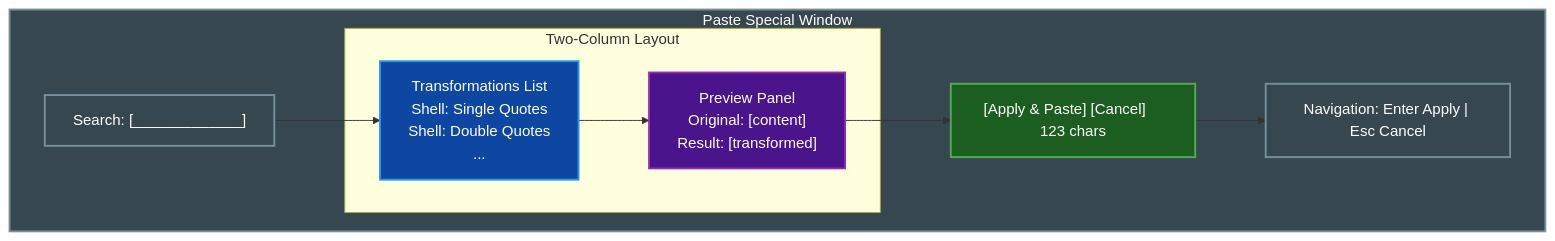
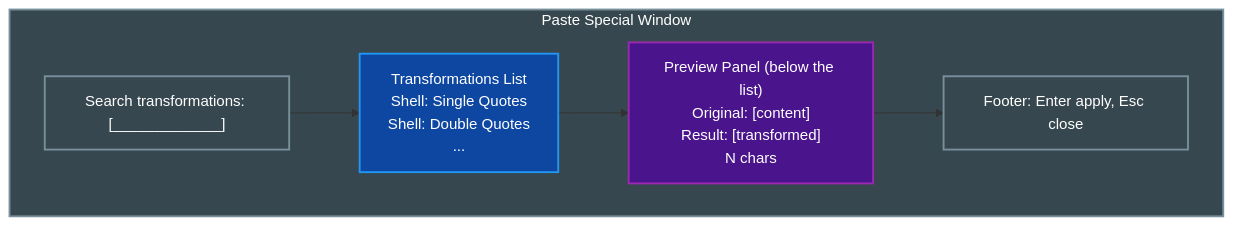
The second of 2 diagrams in docs/features/PASTE_SPECIAL.md (paulrobello/par-term), drawn with Mermaid before and after one commit. The commit also changed other lines of this file and 4 other files, not shown here.

````diff
--- a/docs/features/PASTE_SPECIAL.md
+++ b/docs/features/PASTE_SPECIAL.md
@@ -158,30 +168,25 @@
 ```mermaid
 graph TB
     subgraph Window["Paste Special Window"]
-        Search["Search: [_____________]"]
-        subgraph Columns["Two-Column Layout"]
-            Transforms["Transformations List<br/>Shell: Single Quotes<br/>Shell: Double Quotes<br/>..."]
-            Preview["Preview Panel<br/>Original: [content]<br/>Result: [transformed]"]
-        end
-        Buttons["[Apply & Paste] [Cancel]    123 chars"]
-        Hints["Navigation: Enter Apply | Esc Cancel"]
+        Search["Search transformations: [_____________]"]
+        Transforms["Transformations List<br/>Shell: Single Quotes<br/>Shell: Double Quotes<br/>..."]
+        Preview["Preview Panel (below the list)<br/>Original: [content]<br/>Result: [transformed]<br/>N chars"]
+        Hints["Footer: Enter apply, Esc close"]
     end
 
     Search --> Transforms
     Transforms --> Preview
-    Preview --> Buttons
-    Buttons --> Hints
+    Preview --> Hints
 
     class Window neutral
     class Search neutral
     class Transforms data
     class Preview external
-    class Buttons active
     class Hints neutral
 
     classDef primary fill:#e65100,stroke:#ff9800,stroke-width:3px,color:#ffffff
     classDef active fill:#1b5e20,stroke:#4caf50,stroke-width:2px,color:#ffffff
     classDef data fill:#0d47a1,stroke:#2196f3,stroke-width:2px,color:#ffffff
     classDef external fill:#4a148c,stroke:#9c27b0,stroke-width:2px,color:#ffffff
     classDef neutral fill:#37474f,stroke:#78909c,stroke-width:2px,color:#ffffff
 ```
````
